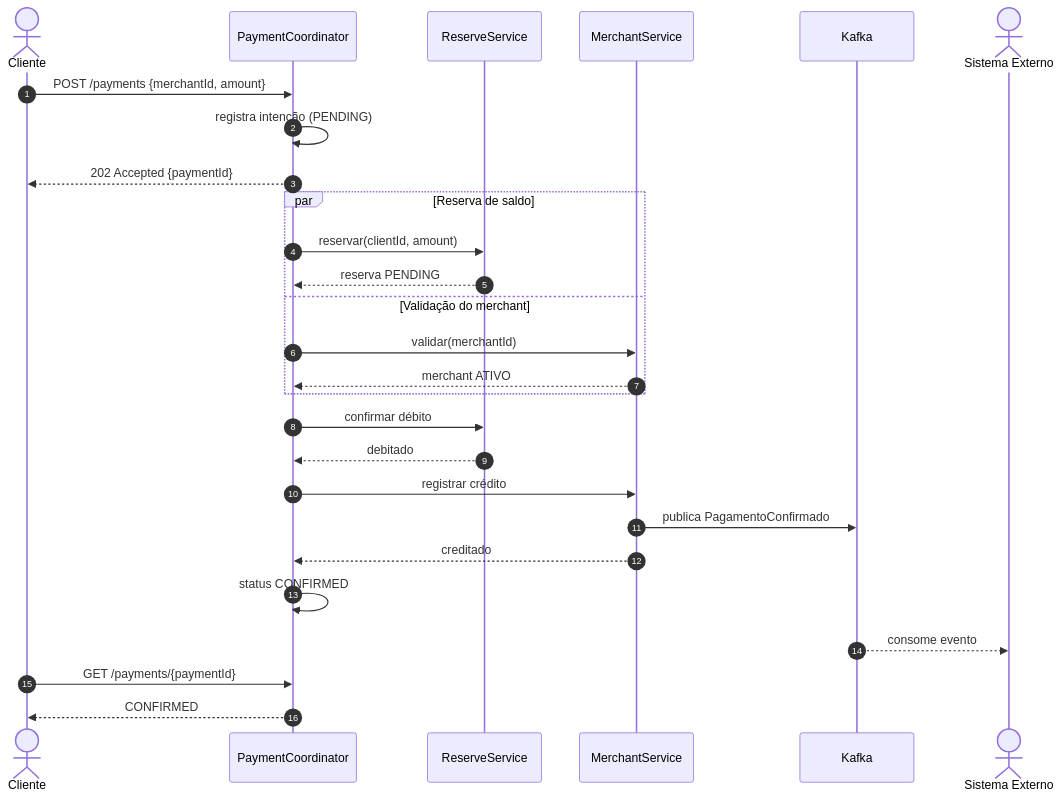
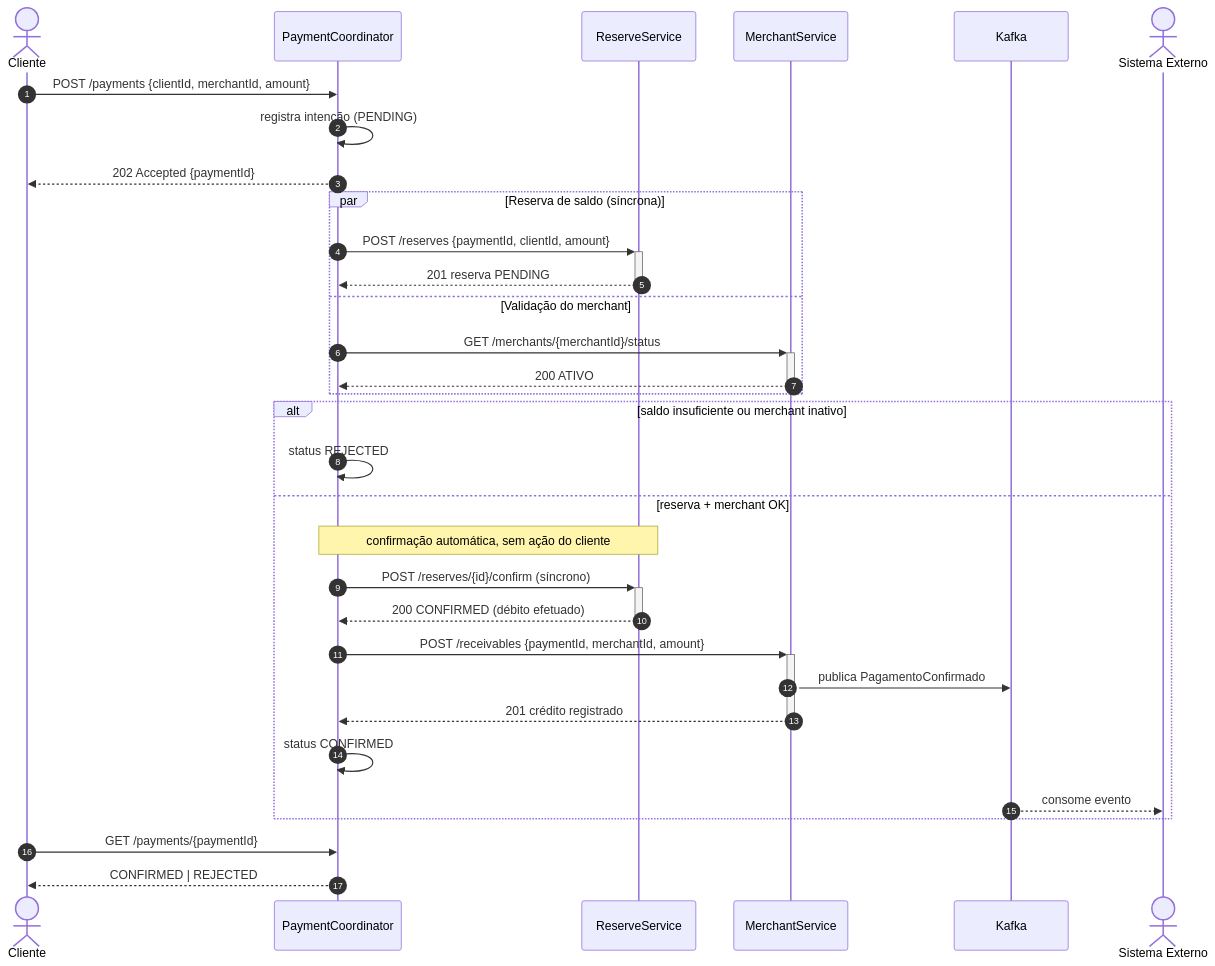
The second of 2 diagrams in README.md (TheJacksonLima/entrevista_inter), drawn with Mermaid before and after one commit. The commit also changed other lines of this file and 1 other file, not shown here.

Commit message:
docs: diagramas Mermaid do SPP

````diff
--- a/README.md
+++ b/README.md
@@ -106,33 +109,38 @@
 ```mermaid
 sequenceDiagram
     autonumber
     actor C as Cliente
     participant PC as PaymentCoordinator
     participant RS as ReserveService
     participant MS as MerchantService
     participant K as Kafka
     actor EX as Sistema Externo
 
-    C->>PC: POST /payments {merchantId, amount}
+    C->>PC: POST /payments {clientId, merchantId, amount}
     PC->>PC: registra intenção (PENDING)
     PC-->>C: 202 Accepted {paymentId}
 
-    par Reserva de saldo
-        PC->>RS: reservar(clientId, amount)
-        RS-->>PC: reserva PENDING
+    par Reserva de saldo (síncrona)
+        PC->>+RS: POST /reserves {paymentId, clientId, amount}
+        RS-->>-PC: 201 reserva PENDING
     and Validação do merchant
-        PC->>MS: validar(merchantId)
-        MS-->>PC: merchant ATIVO
+        PC->>+MS: GET /merchants/{merchantId}/status
+        MS-->>-PC: 200 ATIVO
     end
 
-    PC->>RS: confirmar débito
-    RS-->>PC: debitado
-    PC->>MS: registrar crédito
-    MS->>K: publica PagamentoConfirmado
-    MS-->>PC: creditado
-    PC->>PC: status CONFIRMED
-    K-->>EX: consome evento
+    alt saldo insuficiente ou merchant inativo
+        PC->>PC: status REJECTED
+    else reserva + merchant OK
+        Note over PC,RS: confirmação automática, sem ação do cliente
+        PC->>+RS: POST /reserves/{id}/confirm (síncrono)
+        RS-->>-PC: 200 CONFIRMED (débito efetuado)
+        PC->>+MS: POST /receivables {paymentId, merchantId, amount}
+        MS->>K: publica PagamentoConfirmado
+        MS-->>-PC: 201 crédito registrado
+        PC->>PC: status CONFIRMED
+        K-->>EX: consome evento
+    end
 
     C->>PC: GET /payments/{paymentId}
-    PC-->>C: CONFIRMED
+    PC-->>C: CONFIRMED | REJECTED
 ```
````
